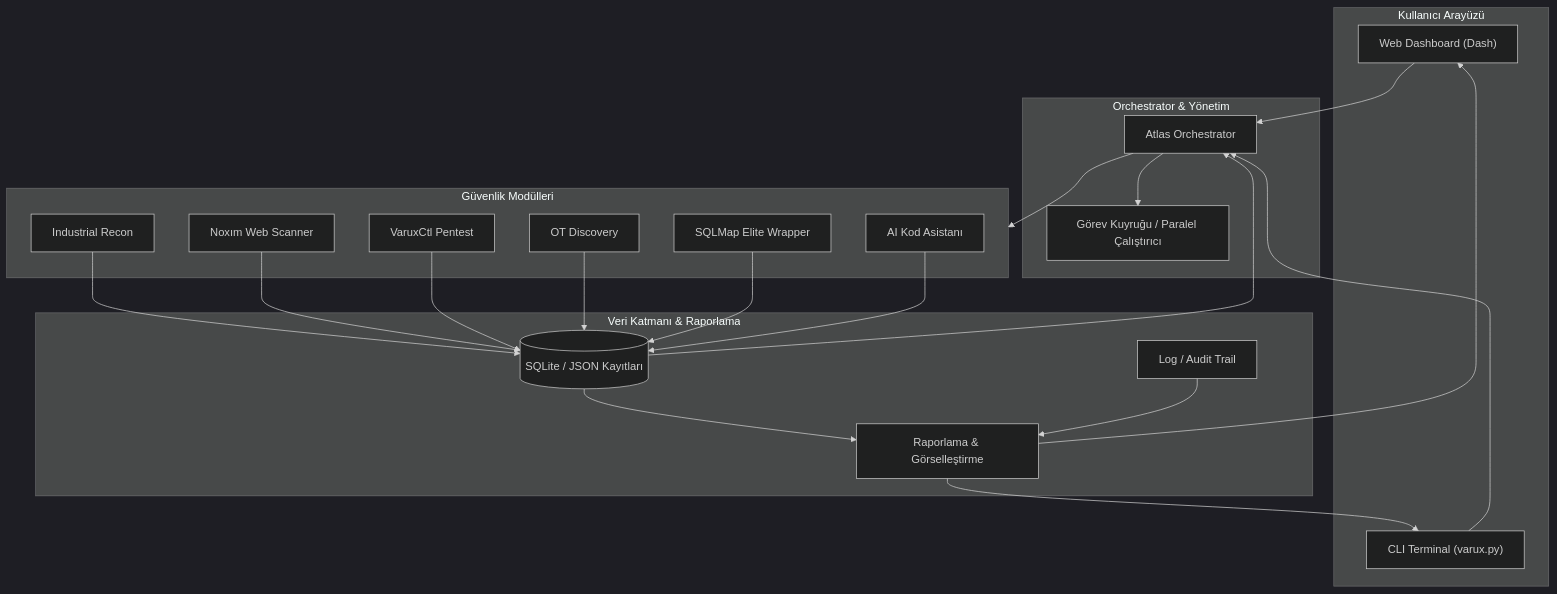
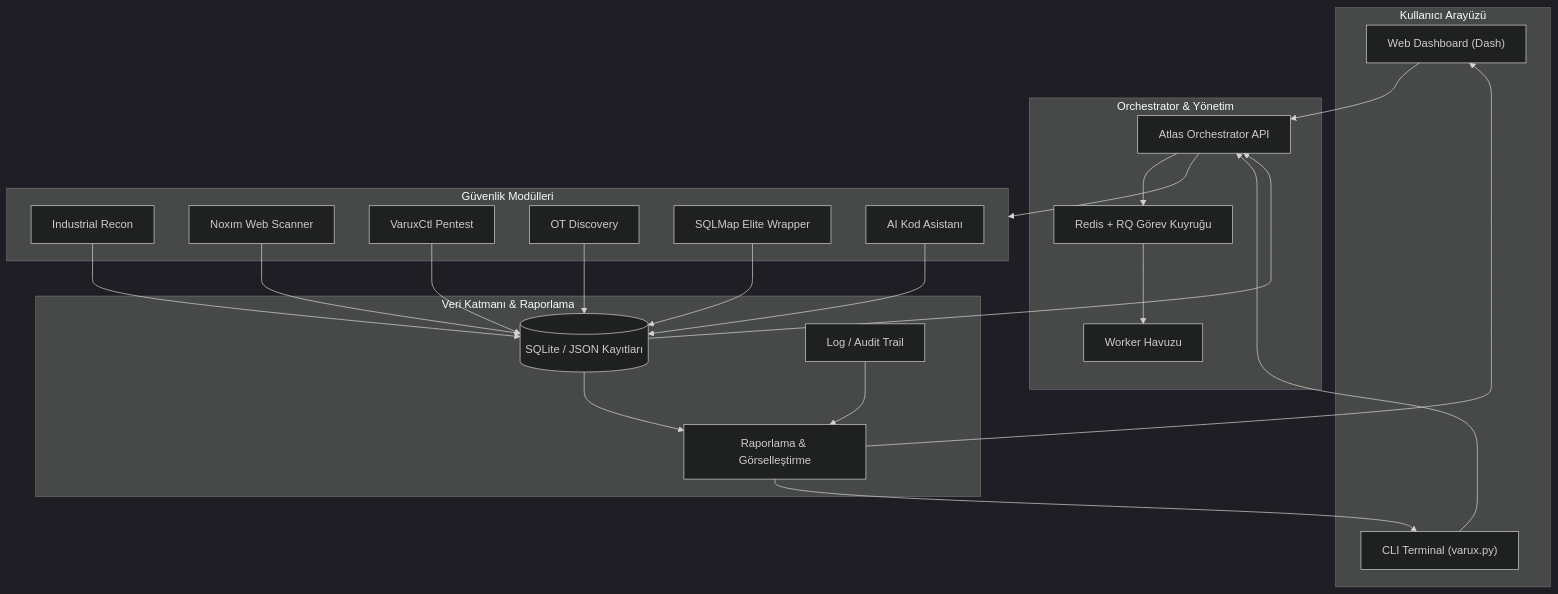
One commit to s3loc/VARUX-Atlas-Engine changed the first of 3 diagrams in README.md. Above: the diagram before and after it, drawn with Mermaid (dark theme). The commit also changed other lines of this file and 6 other files, not shown here.

Commit message:
Add Redis queue orchestrator and async module routing

````diff
--- a/README.md
+++ b/README.md
@@ -27,46 +27,48 @@
 ```mermaid
 flowchart TD
     subgraph UI["Kullanıcı Arayüzü"]
         A1["Web Dashboard (Dash)"]
         A2["CLI Terminal (varux.py)"]
     end
 
     subgraph ORC["Orchestrator & Yönetim"]
-        B1["Atlas Orchestrator"]
-        B2["Görev Kuyruğu / Paralel Çalıştırıcı"]
+        B1["Atlas Orchestrator API"]
+        B2["Redis + RQ Görev Kuyruğu"]
+        B3["Worker Havuzu"]
     end
 
     subgraph MOD["Güvenlik Modülleri"]
         M1["Industrial Recon"]
         M2["Noxım Web Scanner"]
         M3["VaruxCtl Pentest"]
         M4["OT Discovery"]
         M5["SQLMap Elite Wrapper"]
         M6["AI Kod Asistanı"]
     end
 
     subgraph DATA["Veri Katmanı & Raporlama"]
         DB[("SQLite / JSON Kayıtları")]
         RP["Raporlama & Görselleştirme"]
         LG["Log / Audit Trail"]
     end
 
     A1 --> B1
     A2 --> B1
 
     B1 --> B2
+    B2 --> B3
     B1 --> MOD
 
     M1 --> DB
     M2 --> DB
     M3 --> DB
     M4 --> DB
     M5 --> DB
     M6 --> DB
 
     DB --> RP
     DB --> B1
     RP --> A1
     RP --> A2
     LG --> RP
 ```
````
